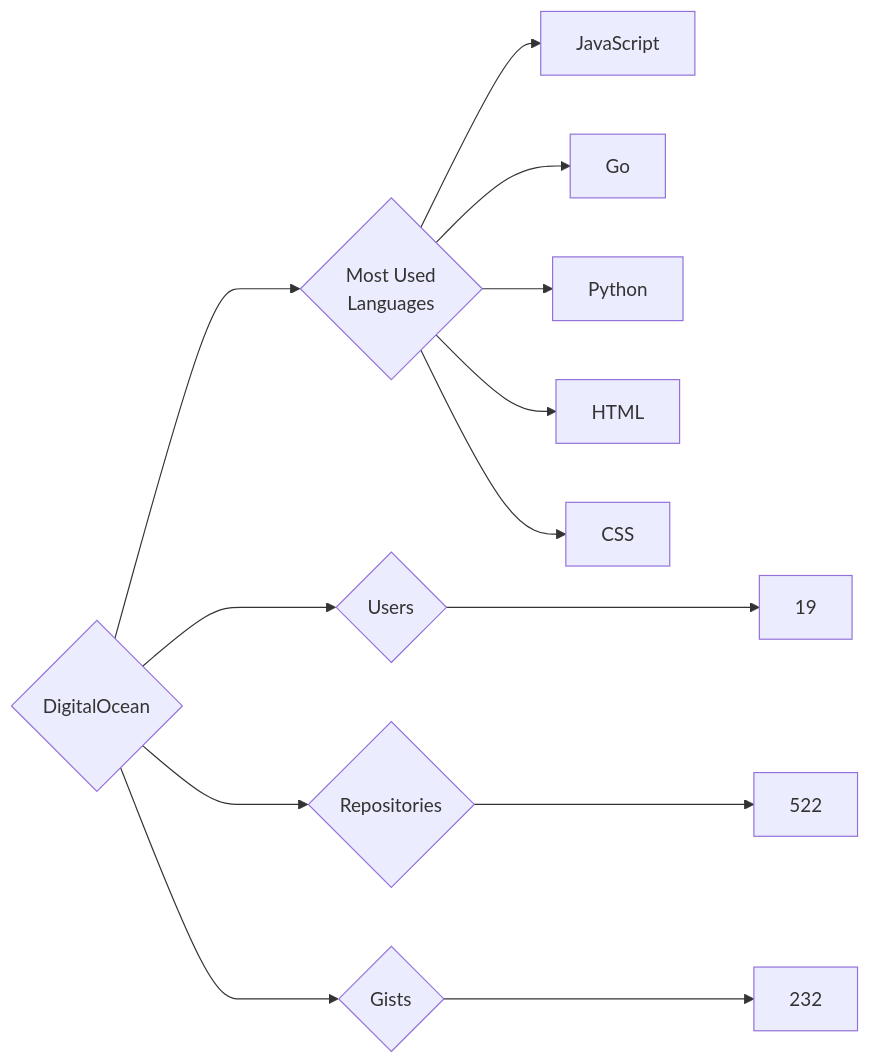
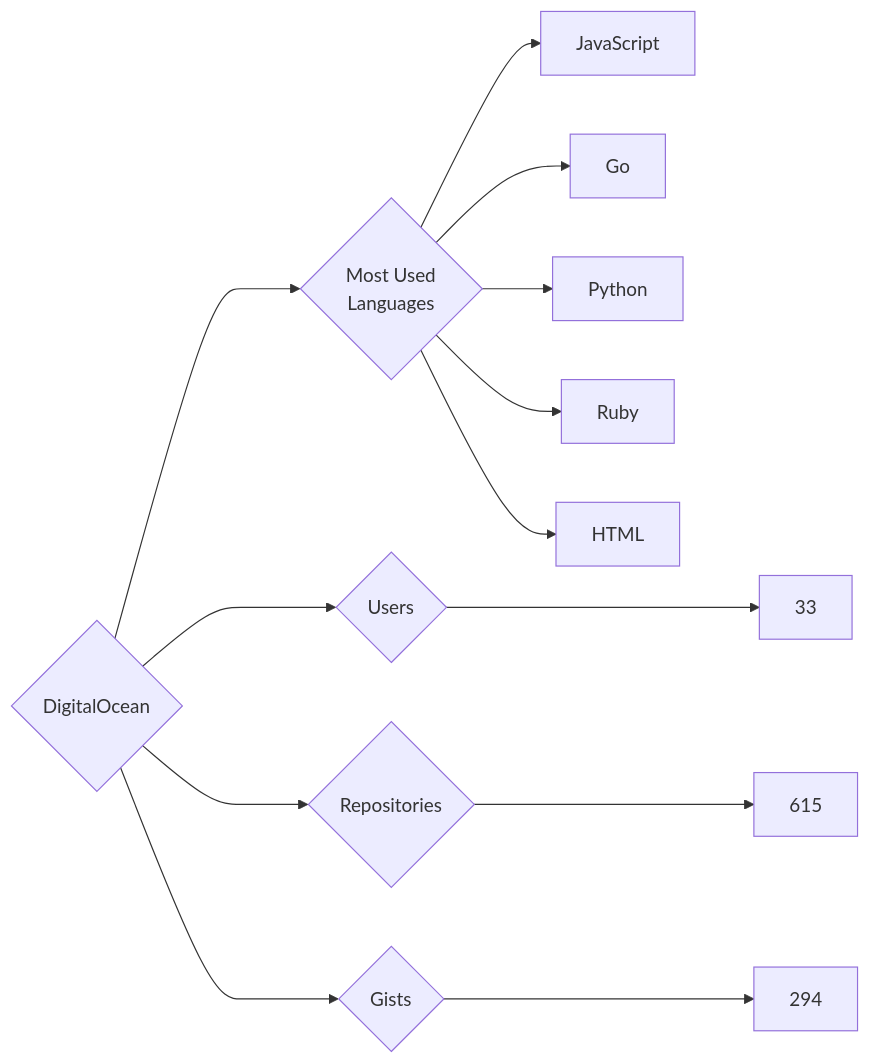
One commit to trickest/insiders changed the diagram in targets/DigitalOcean/README.md. Above: the diagram before and after it, drawn with Mermaid. The commit also changed 681 other files, not shown here.

````diff
--- a/targets/DigitalOcean/README.md
+++ b/targets/DigitalOcean/README.md
@@ -3,13 +3,13 @@
 ```mermaid
 graph LR
 COMPANY_NAME{DigitalOcean}
-COMPANY_NAME ---> U{Users} ---> UN[19]
-COMPANY_NAME ---> R{Repositories} ---> RN[522]
-COMPANY_NAME ---> G{Gists} ---> GN[232]
+COMPANY_NAME ---> U{Users} ---> UN[33]
+COMPANY_NAME ---> R{Repositories} ---> RN[615]
+COMPANY_NAME ---> G{Gists} ---> GN[294]
 COMPANY_NAME ---> ML{Most Used<br>Languages}
 ML --> JavaScript[JavaScript]
 ML --> Go[Go]
 ML --> Python[Python]
+ML --> Ruby[Ruby]
 ML --> HTML[HTML]
-ML --> CSS[CSS]
 ```
````
